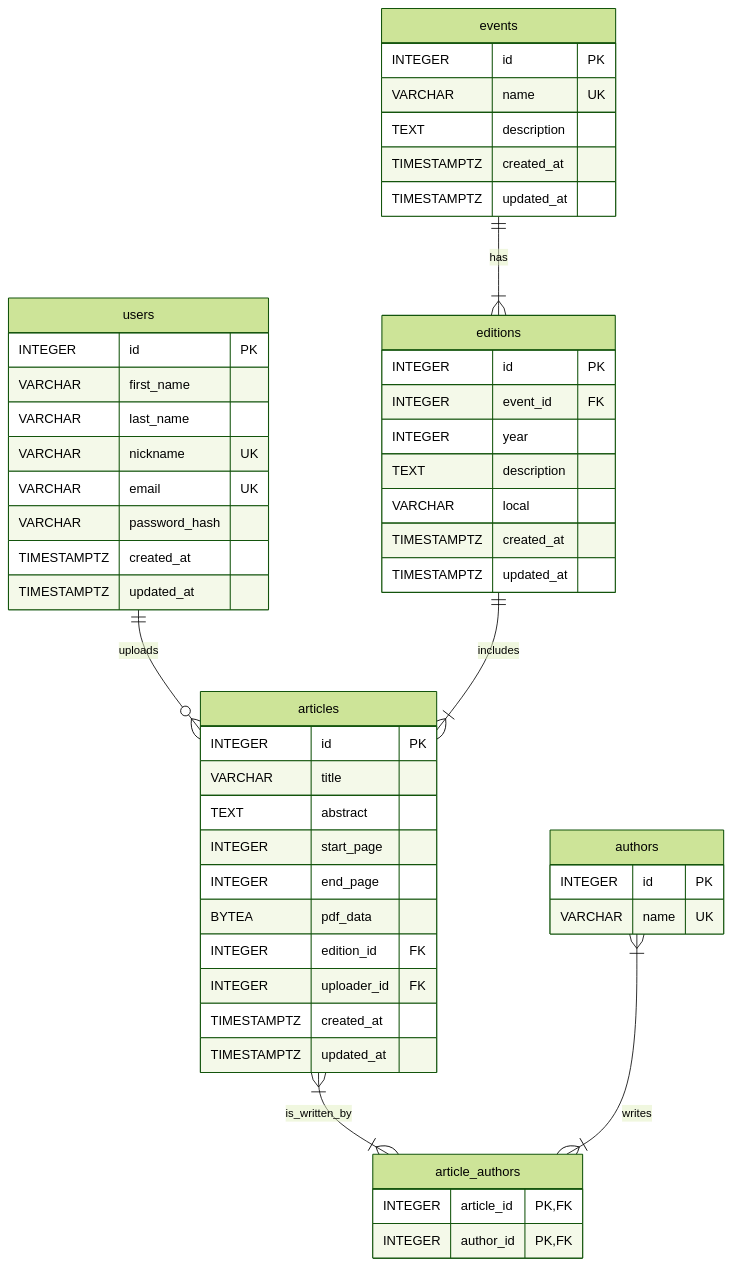
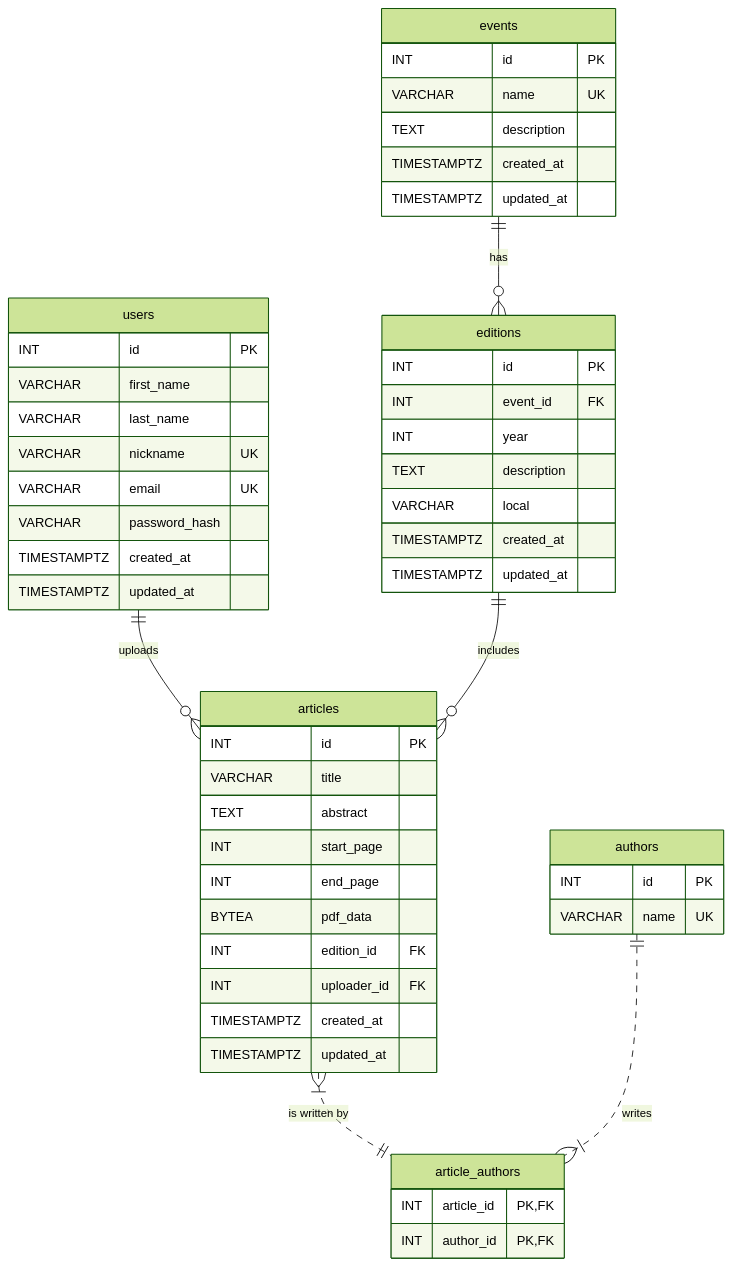
Before and after one commit to Gustav0Luiz/TP-1-Eng-Software: the first of 3 diagrams in README.md, drawn with Mermaid (forest theme).

Commit message:
Revert "FIX: esquema bancod e dados"
This reverts commit 4fc75dea8777acd98f316712924ba6d0b2f32b33.

````diff
--- a/README.md
+++ b/README.md
@@ -42,60 +42,60 @@
 ```mermaid
 erDiagram
     users {
-        INTEGER id PK
+        INT id PK
         VARCHAR first_name
         VARCHAR last_name
         VARCHAR nickname UK
         VARCHAR email UK
         VARCHAR password_hash
         TIMESTAMPTZ created_at
         TIMESTAMPTZ updated_at
     }
 
     events {
-        INTEGER id PK
+        INT id PK
         VARCHAR name UK
         TEXT description
         TIMESTAMPTZ created_at
         TIMESTAMPTZ updated_at
     }
 
     editions {
-        INTEGER id PK
-        INTEGER event_id FK
-        INTEGER year
+        INT id PK
+        INT event_id FK
+        INT year
         TEXT description
         VARCHAR local
         TIMESTAMPTZ created_at
         TIMESTAMPTZ updated_at
     }
 
     articles {
-        INTEGER id PK
+        INT id PK
         VARCHAR title
         TEXT abstract
-        INTEGER start_page
-        INTEGER end_page
+        INT start_page
+        INT end_page
         BYTEA pdf_data
-        INTEGER edition_id FK
-        INTEGER uploader_id FK
+        INT edition_id FK
+        INT uploader_id FK
         TIMESTAMPTZ created_at
         TIMESTAMPTZ updated_at
     }
 
     authors {
-        INTEGER id PK
+        INT id PK
         VARCHAR name UK
     }
 
     article_authors {
-        INTEGER article_id PK, FK
-        INTEGER author_id PK, FK
+        INT article_id PK, FK
+        INT author_id PK, FK
     }
 
     users ||--o{ articles : "uploads"
-    events ||--|{ editions : "has"
-    editions ||--|{ articles : "includes"
-    articles }|--|{ article_authors : "is_written_by"
-    authors }|--|{ article_authors : "writes"
+    events ||--o{ editions : "has"
+    editions ||--o{ articles : "includes"
+    articles }|..|| article_authors : "is written by"
+    authors ||..|{ article_authors : "writes"
 ```
````
